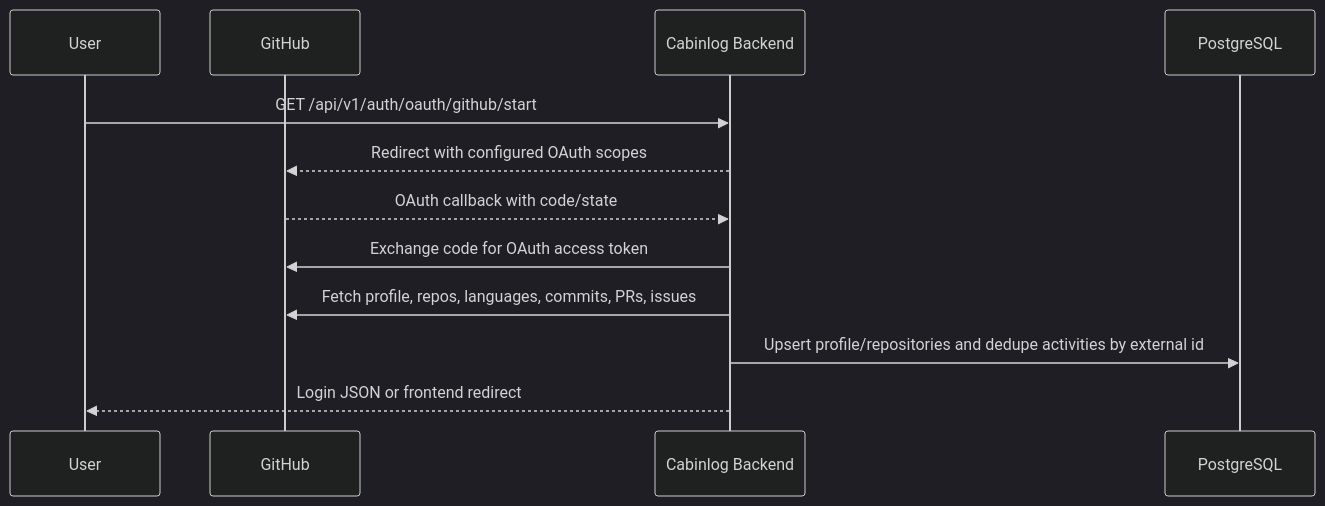
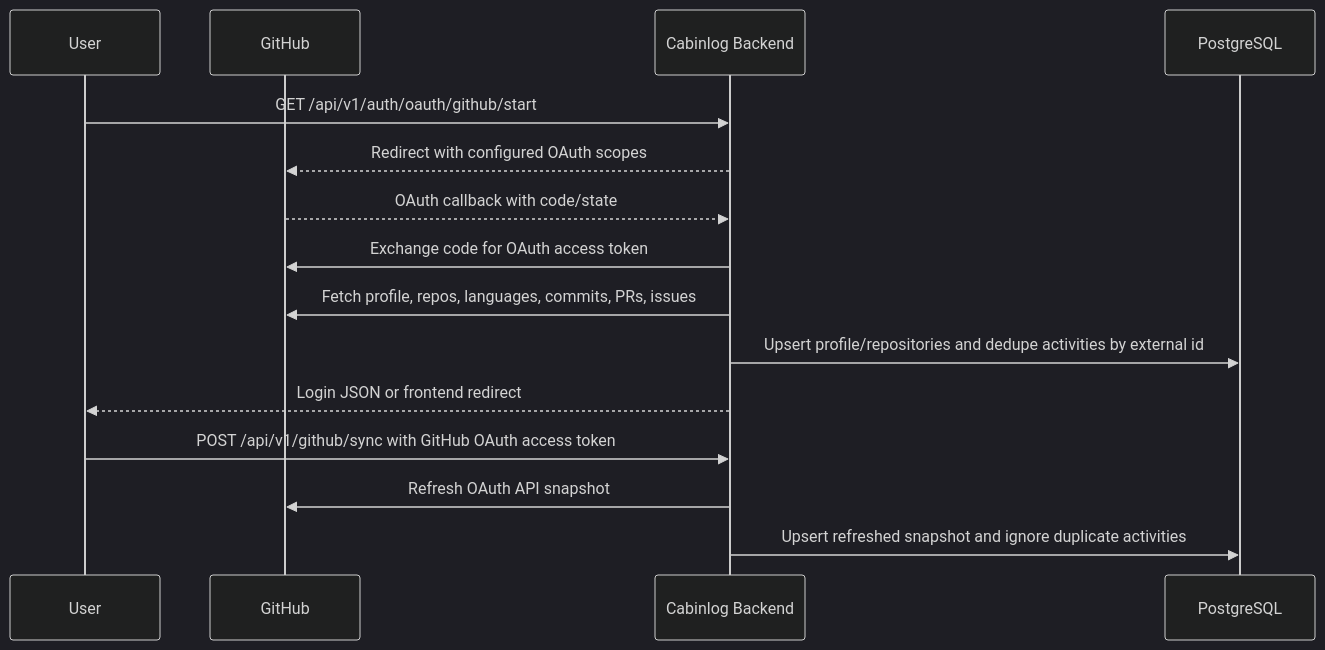
The second of 3 diagrams in src/backend/README.md (cabin-log/cabin-log), drawn with Mermaid (dark theme) before and after one commit. The commit also changed other lines of this file and 6 other files, not shown here.

First line of the commit message:
feat(github): add oauth snapshot sync route

````diff
--- a/src/backend/README.md
+++ b/src/backend/README.md
@@ -84,15 +85,18 @@
 ```mermaid
 sequenceDiagram
     participant User
     participant GitHub
     participant API as Cabinlog Backend
     participant DB as PostgreSQL
 
     User->>API: GET /api/v1/auth/oauth/github/start
     API-->>GitHub: Redirect with configured OAuth scopes
     GitHub-->>API: OAuth callback with code/state
     API->>GitHub: Exchange code for OAuth access token
     API->>GitHub: Fetch profile, repos, languages, commits, PRs, issues
     API->>DB: Upsert profile/repositories and dedupe activities by external id
     API-->>User: Login JSON or frontend redirect
+    User->>API: POST /api/v1/github/sync with GitHub OAuth access token
+    API->>GitHub: Refresh OAuth API snapshot
+    API->>DB: Upsert refreshed snapshot and ignore duplicate activities
 ```
````
